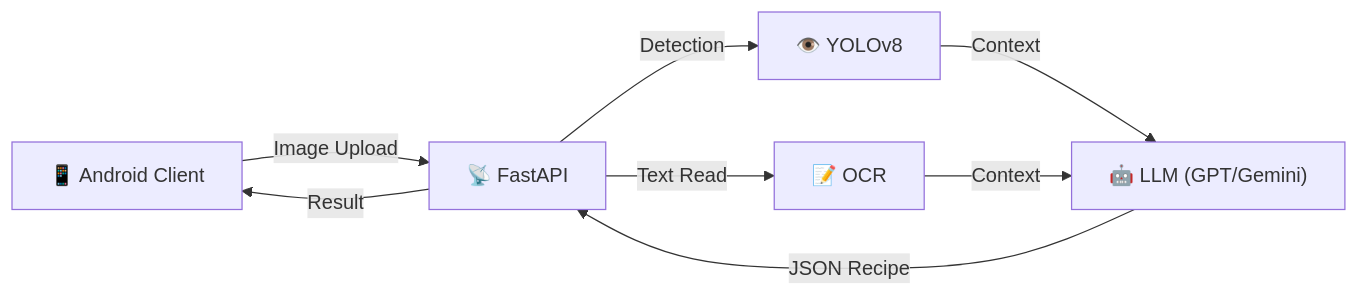
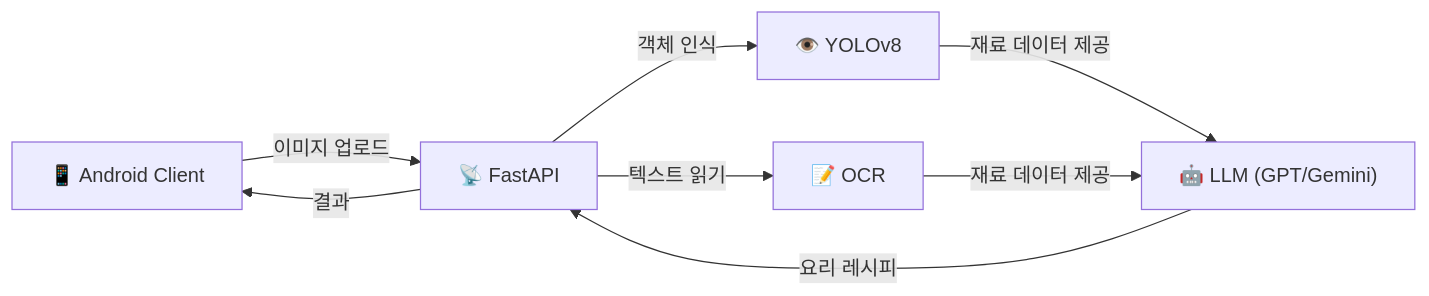
One commit to BFandLee/SeeyouFridge changed the diagram in README.md. Above: the diagram before and after it, drawn with Mermaid. The commit also changed other lines of this file, not shown here.

````diff
--- a/README.md
+++ b/README.md
@@ -21,9 +61,9 @@
 ```mermaid
 graph LR
-    User["📱 Android Client"] -->|"Image Upload"| Server["📡 FastAPI"]
-    Server -->|"Detection"| YOLO["👁️ YOLOv8"]
-    Server -->|"Text Read"| OCR["📝 OCR"]
-    YOLO & OCR -->|"Context"| LLM["🤖 LLM (GPT/Gemini)"]
-    LLM -->|"JSON Recipe"| Server
-    Server -->|"Result"| User
+    User["📱 Android Client"] -->|"이미지 업로드"| Server["📡 FastAPI"]
+    Server -->|"객체 인식"| YOLO["👁️ YOLOv8"]
+    Server -->|"텍스트 읽기"| OCR["📝 OCR"]
+    YOLO & OCR -->|"재료 데이터 제공"| LLM["🤖 LLM (GPT/Gemini)"]
+    LLM -->|"요리 레시피"| Server
+    Server -->|"결과"| User
 ```
````
